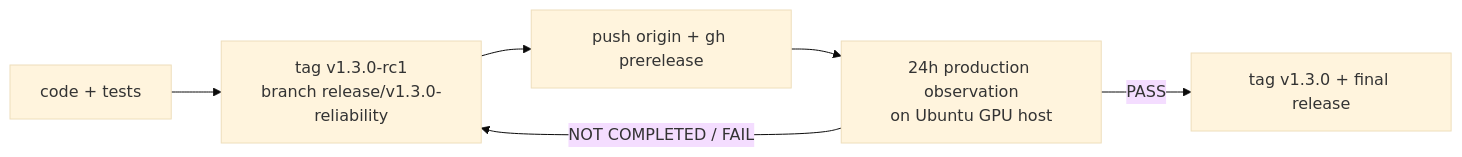
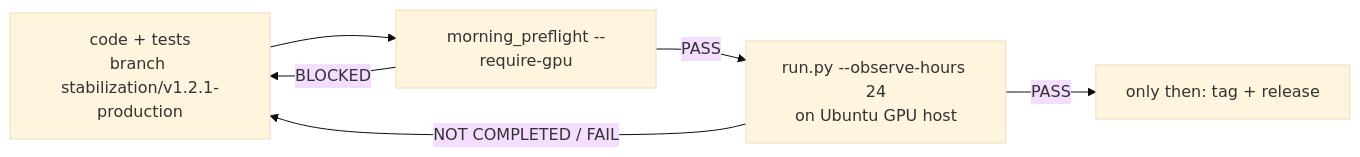
Before and after one commit to ilhomisroilov/AI_CAM_v1.2.1_RELEASE: the third of 3 diagrams in docs/ARCHITECTURE.md, drawn with Mermaid (base theme). The commit also changed other lines of this file and 14 other files, not shown here.

````diff
--- a/docs/ARCHITECTURE.md
+++ b/docs/ARCHITECTURE.md
@@ -53,8 +55,8 @@
 ```mermaid
 flowchart LR
-  code[code + tests] --> rc[tag v1.3.0-rc1\nbranch release/v1.3.0-reliability]
-  rc --> push[push origin + gh prerelease]
-  push --> obs[24h production observation\non Ubuntu GPU host]
-  obs -->|PASS| final[tag v1.3.0 + final release]
-  obs -->|NOT COMPLETED / FAIL| rc
+  code[code + tests\nbranch stabilization/v1.2.1-production] --> pre[morning_preflight --require-gpu]
+  pre -->|PASS| obs[run.py --observe-hours 24\non Ubuntu GPU host]
+  pre -->|BLOCKED| code
+  obs -->|PASS| tag[only then: tag + release]
+  obs -->|NOT COMPLETED / FAIL| code
 ```
````
